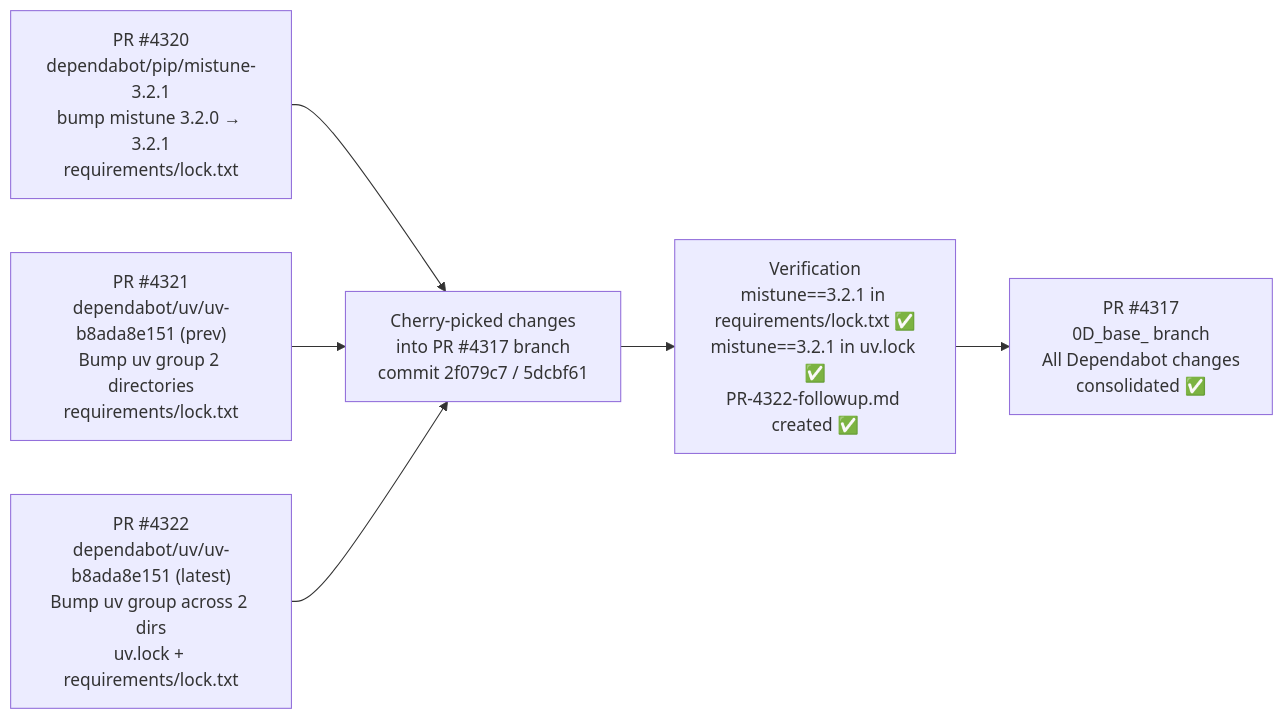
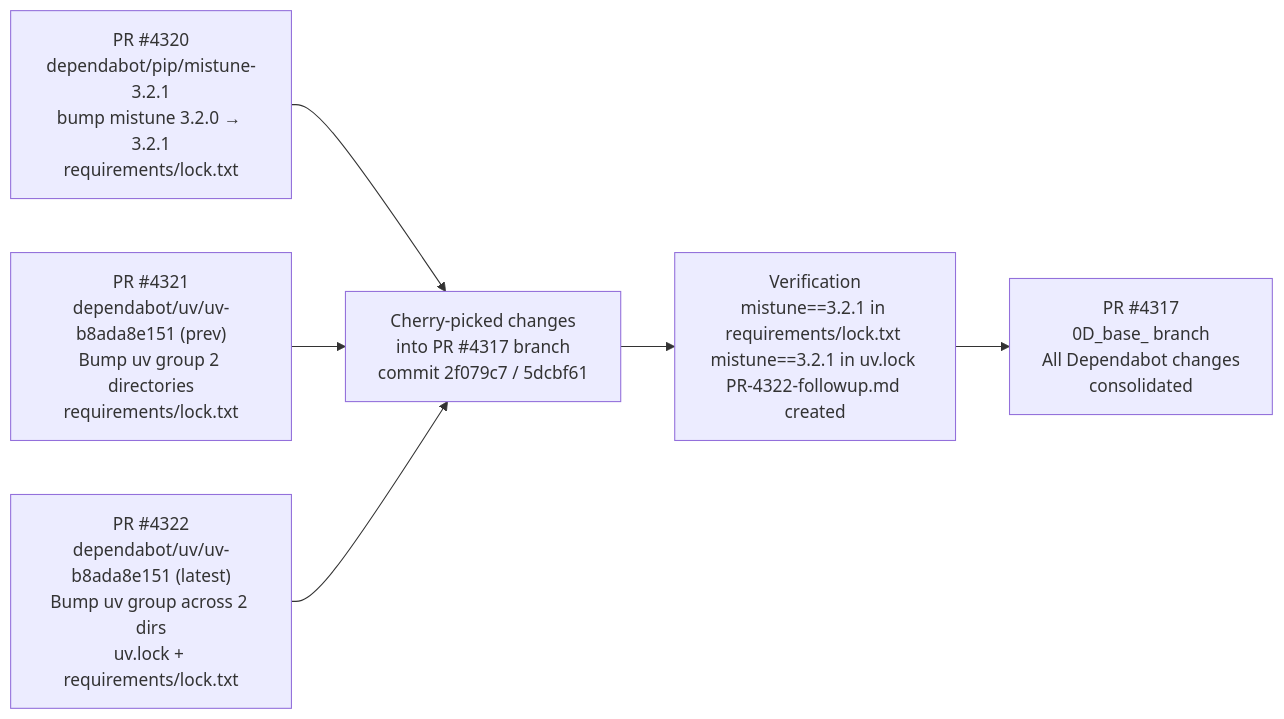
One commit to Aries-Serpent/_codex_ changed diagram 14 of 26 in docs/sessions/PR4317_session_diagram.md. Above: the diagram before and after it, drawn with Mermaid. The commit also changed other lines of this file and 2029 other files, not shown here.

````diff
--- a/docs/sessions/PR4317_session_diagram.md
+++ b/docs/sessions/PR4317_session_diagram.md
@@ -529,15 +531,15 @@
 ```mermaid
 %%{init: {'accessibility': {'title': 'Flowchart showing "PR #4320\ndependabot/pip/mistune-3.2.1\nbump mistune 3.2.0 → 3.2.1\nrequirements/lock.txt", "PR #4321\ndependabot/uv/uv-b8ada8e151 (prev)\nBump uv group 2 directories\nrequirements/lock.txt"'}}%%
 flowchart LR
     DEP4320["PR #4320\ndependabot/pip/mistune-3.2.1\nbump mistune 3.2.0 → 3.2.1\nrequirements/lock.txt"]
     DEP4321["PR #4321\ndependabot/uv/uv-b8ada8e151 (prev)\nBump uv group 2 directories\nrequirements/lock.txt"]
     DEP4322["PR #4322\ndependabot/uv/uv-b8ada8e151 (latest)\nBump uv group across 2 dirs\nuv.lock + requirements/lock.txt"]
 
     DEP4320 --> CHERRY["Cherry-picked changes\ninto PR #4317 branch\ncommit 2f079c7 / 5dcbf61"]
     DEP4321 --> CHERRY
     DEP4322 --> CHERRY
 
-    CHERRY --> VERIFY["Verification\nmistune==3.2.1 in requirements/lock.txt ✅\nmistune==3.2.1 in uv.lock ✅\nPR-4322-followup.md created ✅"]
+    CHERRY --> VERIFY["Verification\nmistune==3.2.1 in requirements/lock.txt \nmistune==3.2.1 in uv.lock \nPR-4322-followup.md created "]
 
-    VERIFY --> PR4317["PR #4317\n0D_base_ branch\nAll Dependabot changes\nconsolidated ✅"]
+    VERIFY --> PR4317["PR #4317\n0D_base_ branch\nAll Dependabot changes\nconsolidated "]
 ```
````
